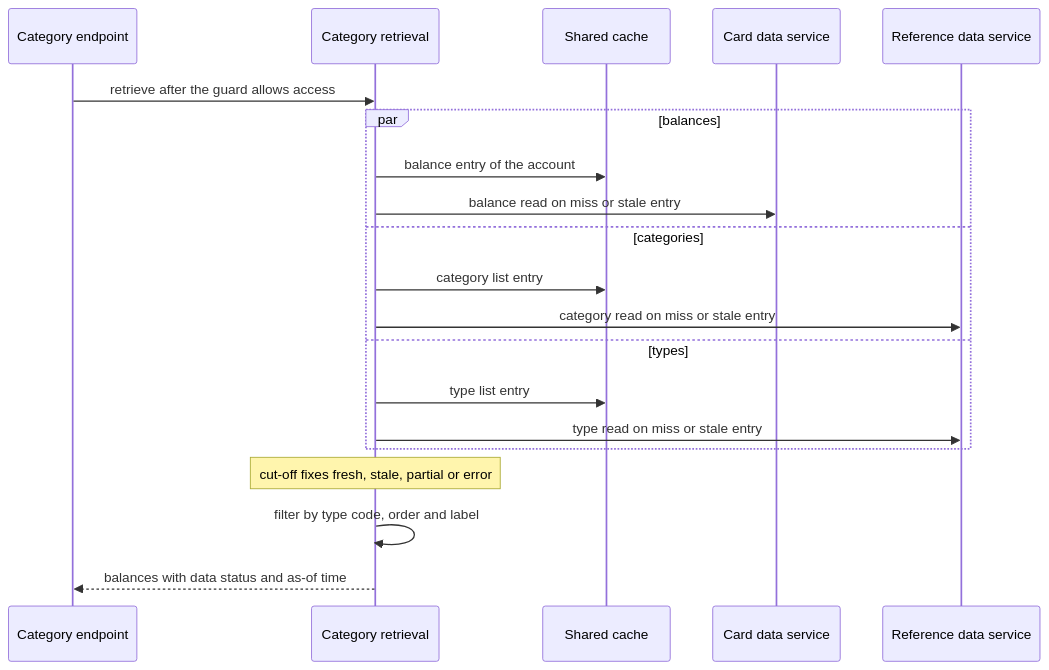
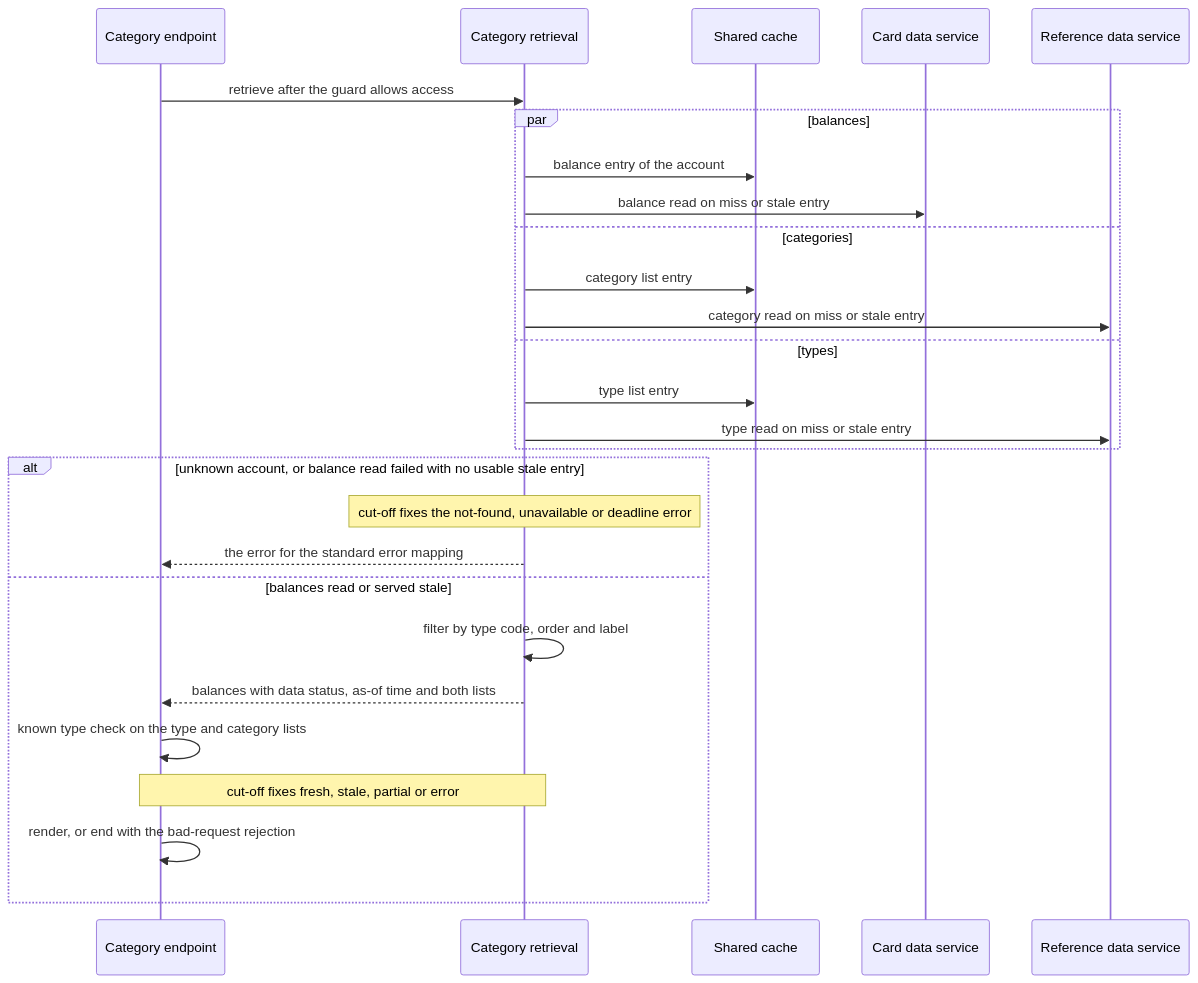
The diagram in docs/backlog/epics/CS-06-category-balances-endpoint/stories/CS-06-002-category-balance-retrieval-filter-and-degradation.md (blitzy-public-samples/aws-carddemo-blitzy), drawn with Mermaid before and after one commit. The commit also changed other lines of this file and 18 other files, not shown here.

````diff
--- a/docs/backlog/epics/CS-06-category-balances-endpoint/stories/CS-06-002-category-balance-retrieval-filter-and-degradation.md
+++ b/docs/backlog/epics/CS-06-category-balances-endpoint/stories/CS-06-002-category-balance-retrieval-filter-and-degradation.md
@@ -154,22 +159,29 @@
 ```mermaid
 sequenceDiagram
     participant E as Category endpoint
     participant S as Category retrieval
     participant K as Shared cache
     participant C as Card data service
     participant R as Reference data service
     E->>S: retrieve after the guard allows access
     par balances
         S->>K: balance entry of the account
         S->>C: balance read on miss or stale entry
     and categories
         S->>K: category list entry
         S->>R: category read on miss or stale entry
     and types
         S->>K: type list entry
         S->>R: type read on miss or stale entry
     end
-    Note over S: cut-off fixes fresh, stale, partial or error
-    S->>S: filter by type code, order and label
-    S-->>E: balances with data status and as-of time
+    alt unknown account, or balance read failed with no usable stale entry
+        Note over S: cut-off fixes the not-found, unavailable or deadline error
+        S-->>E: the error for the standard error mapping
+    else balances read or served stale
+        S->>S: filter by type code, order and label
+        S-->>E: balances with data status, as-of time and both lists
+        E->>E: known type check on the type and category lists
+        Note over E,S: cut-off fixes fresh, stale, partial or error
+        E->>E: render, or end with the bad-request rejection
+    end
 ```
````
